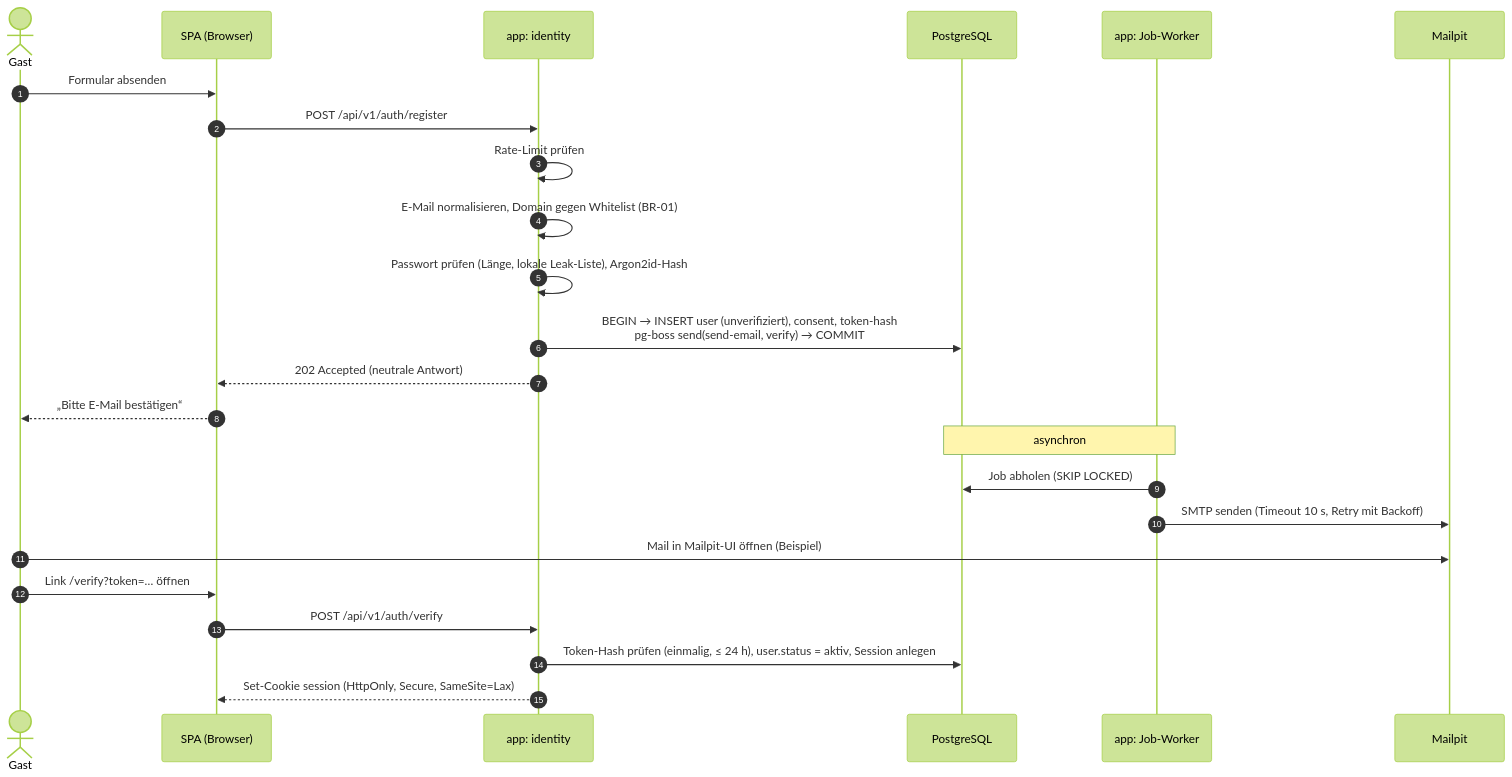
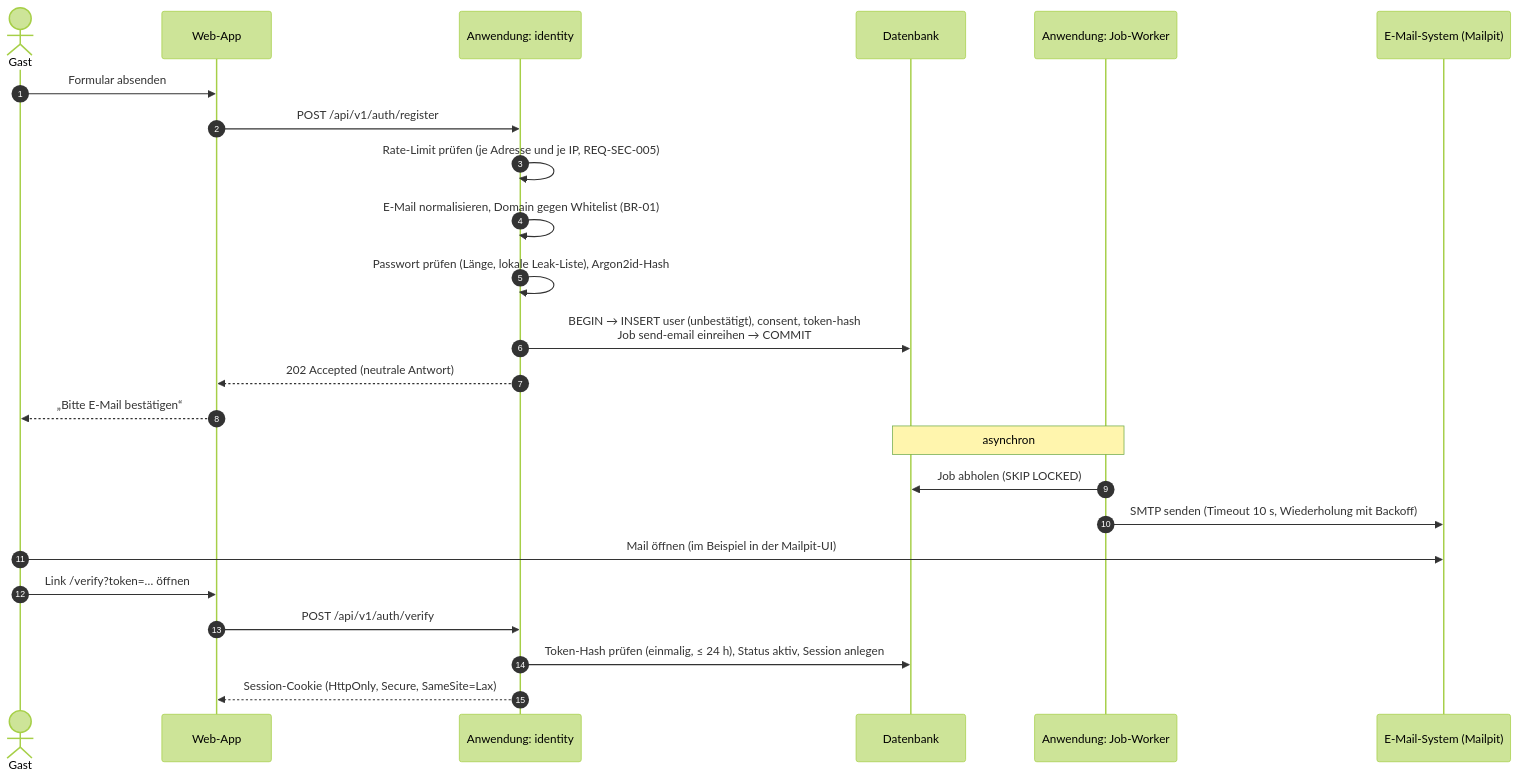
Before and after one commit to CaRo10Robert/SWeng_projekt2026: the eighth of 13 diagrams in docs/03-architektur/architektur.md, drawn with Mermaid (forest theme). The commit also changed other lines of this file and 20 other files, not shown here.

````diff
--- a/docs/03-architektur/architektur.md
+++ b/docs/03-architektur/architektur.md
@@ -397,27 +538,27 @@
 ```mermaid
 sequenceDiagram
     autonumber
     actor G as Gast
-    participant SPA as SPA (Browser)
-    participant A as app: identity
-    participant DB as PostgreSQL
-    participant J as app: Job-Worker
-    participant MP as Mailpit
+    participant SPA as Web-App
+    participant A as Anwendung: identity
+    participant DB as Datenbank
+    participant J as Anwendung: Job-Worker
+    participant MP as E-Mail-System (Mailpit)
 
     G->>SPA: Formular absenden
     SPA->>A: POST /api/v1/auth/register
-    A->>A: Rate-Limit prüfen
+    A->>A: Rate-Limit prüfen (je Adresse und je IP, REQ-SEC-005)
     A->>A: E-Mail normalisieren, Domain gegen Whitelist (BR-01)
     A->>A: Passwort prüfen (Länge, lokale Leak-Liste), Argon2id-Hash
-    A->>DB: BEGIN → INSERT user (unverifiziert), consent, token-hash<br/>pg-boss send(send-email, verify) → COMMIT
+    A->>DB: BEGIN → INSERT user (unbestätigt), consent, token-hash<br/>Job send-email einreihen → COMMIT
     A-->>SPA: 202 Accepted (neutrale Antwort)
     SPA-->>G: „Bitte E-Mail bestätigen“
     Note over DB,J: asynchron
     J->>DB: Job abholen (SKIP LOCKED)
-    J->>MP: SMTP senden (Timeout 10 s, Retry mit Backoff)
-    G->>MP: Mail in Mailpit-UI öffnen (Beispiel)
+    J->>MP: SMTP senden (Timeout 10 s, Wiederholung mit Backoff)
+    G->>MP: Mail öffnen (im Beispiel in der Mailpit-UI)
     G->>SPA: Link /verify?token=… öffnen
     SPA->>A: POST /api/v1/auth/verify
-    A->>DB: Token-Hash prüfen (einmalig, ≤ 24 h), user.status = aktiv, Session anlegen
-    A-->>SPA: Set-Cookie session (HttpOnly, Secure, SameSite=Lax)
+    A->>DB: Token-Hash prüfen (einmalig, ≤ 24 h), Status aktiv, Session anlegen
+    A-->>SPA: Session-Cookie (HttpOnly, Secure, SameSite=Lax)
 ```
````
